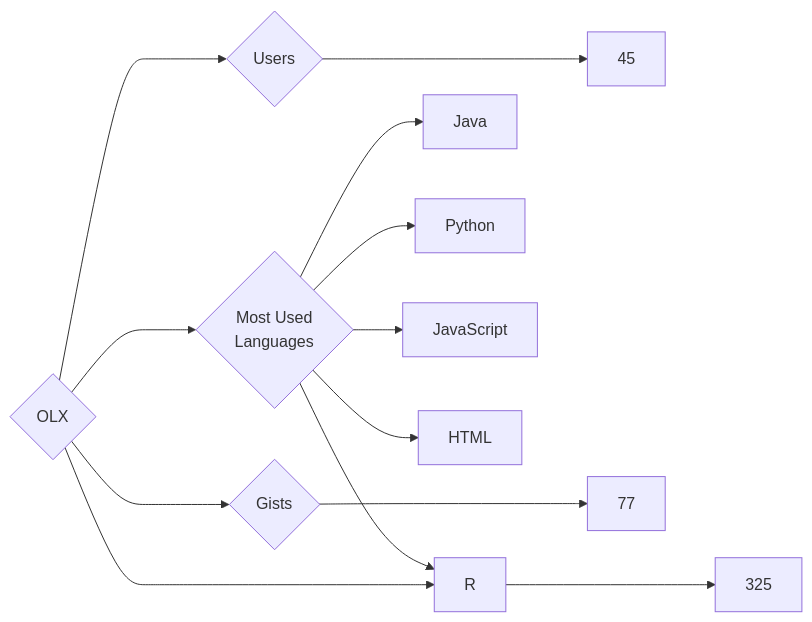
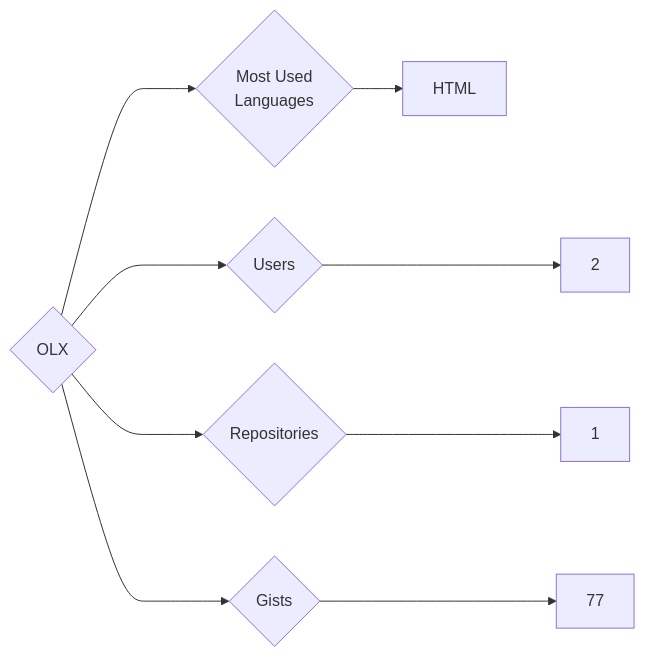
Before and after one commit to trickest/insiders: the diagram in targets/OLX/README.md, drawn with Mermaid. The commit also changed 976 other files, not shown here.

````diff
--- a/targets/OLX/README.md
+++ b/targets/OLX/README.md
@@ -3,13 +3,9 @@
 ```mermaid
 graph LR
 COMPANY_NAME{OLX}
-COMPANY_NAME ---> U{Users} ---> UN[45]
-COMPANY_NAME ---> R{Repositories} ---> RN[325]
+COMPANY_NAME ---> U{Users} ---> UN[2]
+COMPANY_NAME ---> R{Repositories} ---> RN[1]
 COMPANY_NAME ---> G{Gists} ---> GN[77]
 COMPANY_NAME ---> ML{Most Used<br>Languages}
-ML --> Java[Java]
-ML --> Python[Python]
-ML --> JavaScript[JavaScript]
 ML --> HTML[HTML]
-ML --> R[R]
 ```
````
